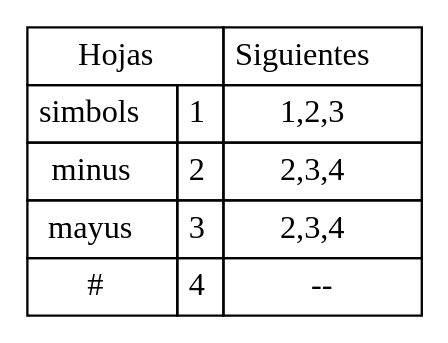
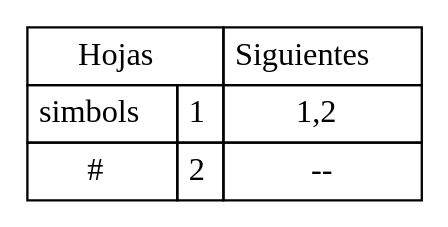
Before and after one commit to SolisMario/OLC1_Proyecto1_201900629: the diagram in OLC1_Proyecto1_201900629/DOT/erAzarSig.dot, drawn with Graphviz. The commit also changed 132 other files, not shown here.

```diff
--- a/OLC1_Proyecto1_201900629/DOT/erAzarSig.dot
+++ b/OLC1_Proyecto1_201900629/DOT/erAzarSig.dot
@@ -1,29 +1,19 @@
 digraph tablaSiguientes {
 abc [shape=none, margin=0, label=<
 <TABLE BORDER="0" CELLBORDER="1" CELLSPACING="0" CELLPADDING="4">
 <TR>
 <TD COLSPAN="2">Hojas</TD>
 <TD>Siguientes</TD>
 </TR>
 <TR>
 <TD>simbols</TD>
 <TD>1</TD>
-<TD>1,2,3</TD>
-</TR>
-<TR>
-<TD>minus</TD>
-<TD>2</TD>
-<TD>2,3,4</TD>
-</TR>
-<TR>
-<TD>mayus</TD>
-<TD>3</TD>
-<TD>2,3,4</TD>
+<TD>1,2</TD>
 </TR>
 <TR>
 <TD>#</TD>
-<TD>4</TD>
+<TD>2</TD>
 <TD>--</TD>
 </TR>
 </TABLE>>];
 }
```
